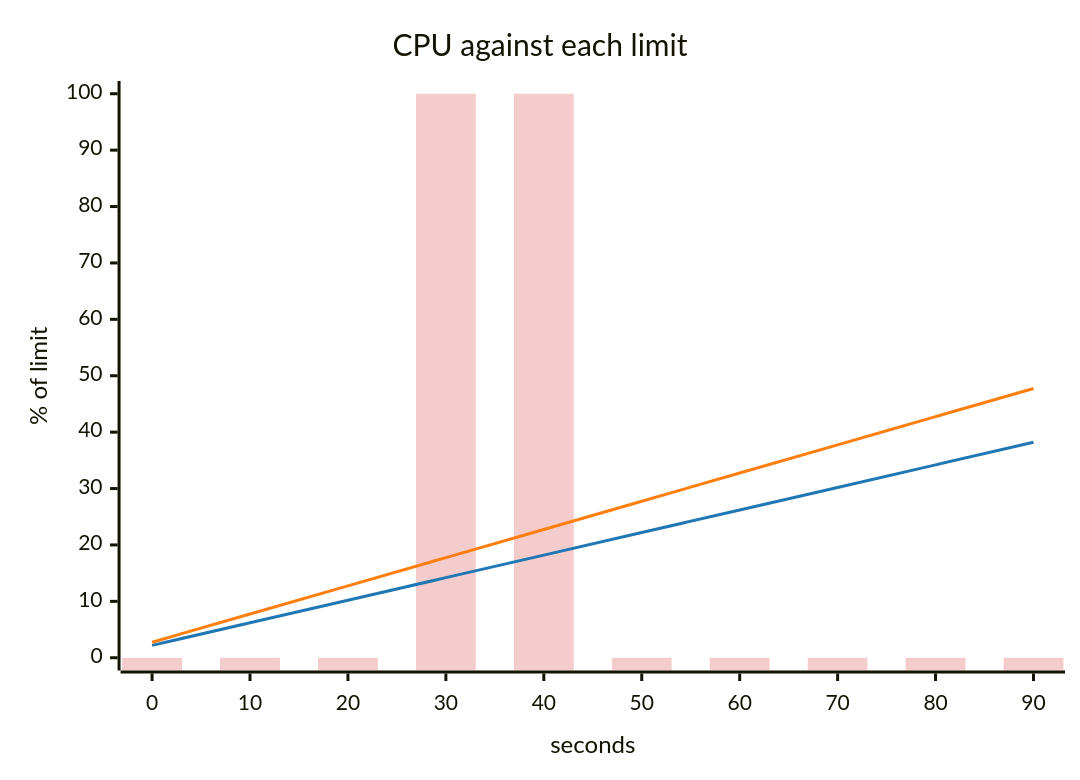
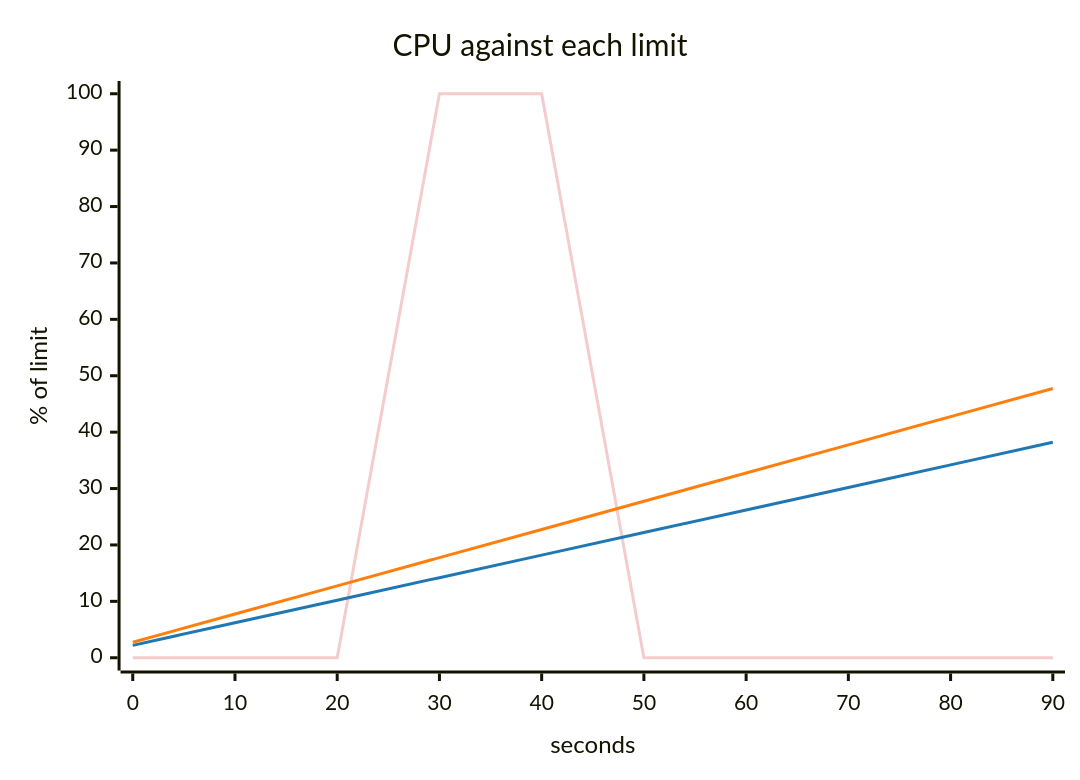
Before and after one commit to akinfemi/load-lore: the fifth of 5 diagrams in internal/report/testdata/pool.md, drawn with Mermaid. The commit also changed other lines of this file and 47 other files, not shown here.

````diff
--- a/internal/report/testdata/pool.md
+++ b/internal/report/testdata/pool.md
@@ -89,15 +92,16 @@
 ```mermaid
 ---
 config:
   themeVariables:
     xyChart:
+      backgroundColor: "transparent"
       plotColorPalette: "#f4cccc, #1f77b4, #ff7f0e"
 ---
 xychart-beta
     title "CPU against each limit"
     x-axis "seconds" 0 --> 90
     y-axis "% of limit" 0 --> 100
-    bar [0, 0, 0, 100, 100, 0, 0, 0, 0, 0]
+    line [0, 0, 0, 100, 100, 0, 0, 0, 0, 0]
     line [2.2, 6.2, 10.2, 14.2, 18.2, 22.2, 26.2, 30.2, 34.2, 38.2]
     line [2.75, 7.75, 12.75, 17.75, 22.75, 27.75, 32.75, 37.75, 42.75, 47.75]
 ```
````
